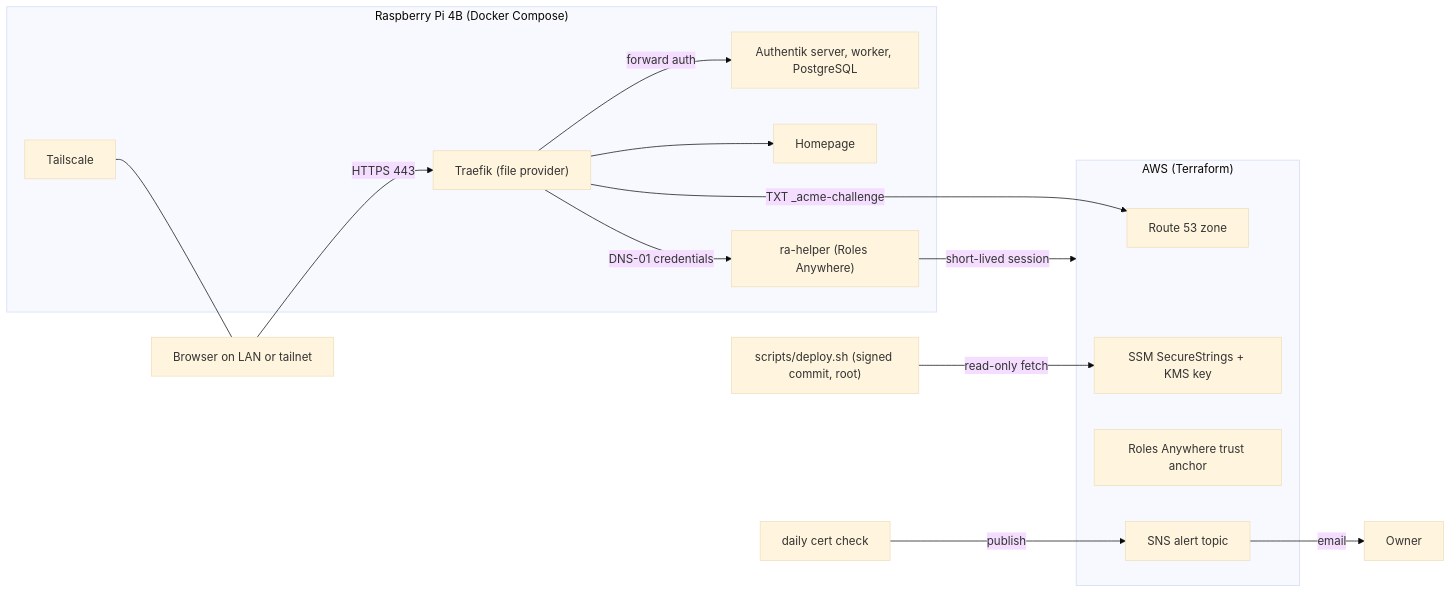
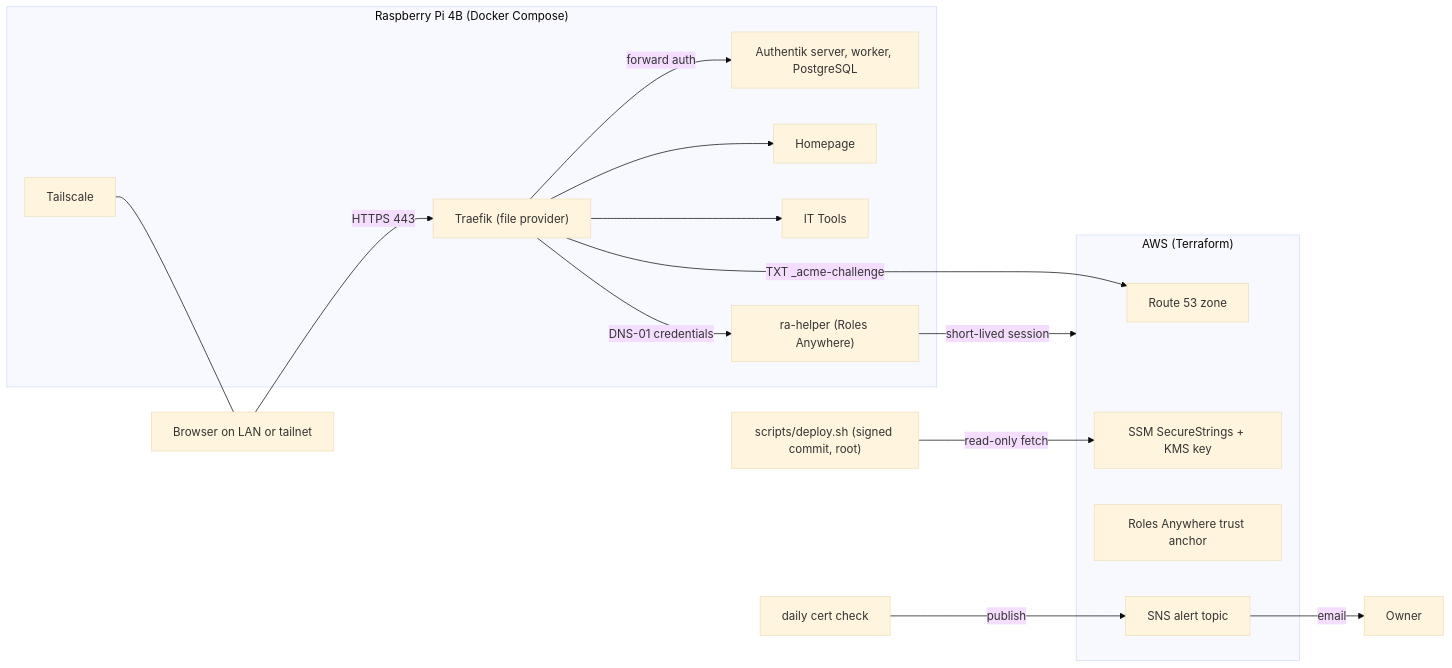
The diagram in README.md (henniefrancis/home-lab), drawn with Mermaid (base theme) before and after one commit. The commit also changed other lines of this file and 17 other files, not shown here.

````diff
--- a/README.md
+++ b/README.md
@@ -29,26 +30,28 @@
 ```mermaid
 flowchart LR
   user["Browser on LAN or tailnet"] -->|HTTPS 443| traefik
   subgraph Pi["Raspberry Pi 4B (Docker Compose)"]
     traefik["Traefik (file provider)"]
     authentik["Authentik server, worker, PostgreSQL"]
     homepage["Homepage"]
+    ittools["IT Tools"]
     helper["ra-helper (Roles Anywhere)"]
     ts["Tailscale"]
     traefik -->|forward auth| authentik
     traefik --> homepage
+    traefik --> ittools
     traefik -->|DNS-01 credentials| helper
   end
   helper -->|short-lived session| aws
   subgraph aws["AWS (Terraform)"]
     r53["Route 53 zone"]
     ssm["SSM SecureStrings + KMS key"]
     ra["Roles Anywhere trust anchor"]
     sns["SNS alert topic"]
   end
   traefik -->|TXT _acme-challenge| r53
   deploy["scripts/deploy.sh (signed commit, root)"] -->|read-only fetch| ssm
   alert["daily cert check"] -->|publish| sns
   sns -->|email| owner["Owner"]
   ts --- user
 ```
````
